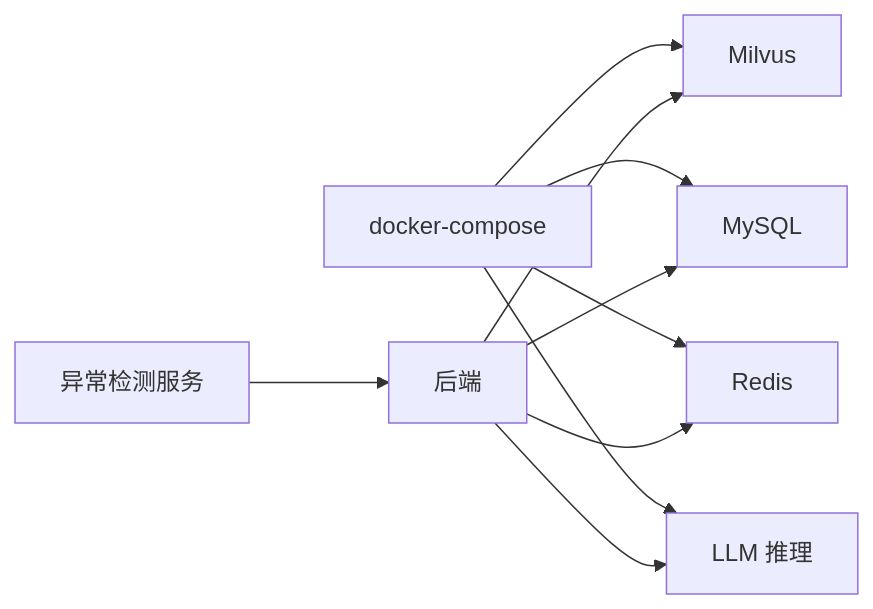
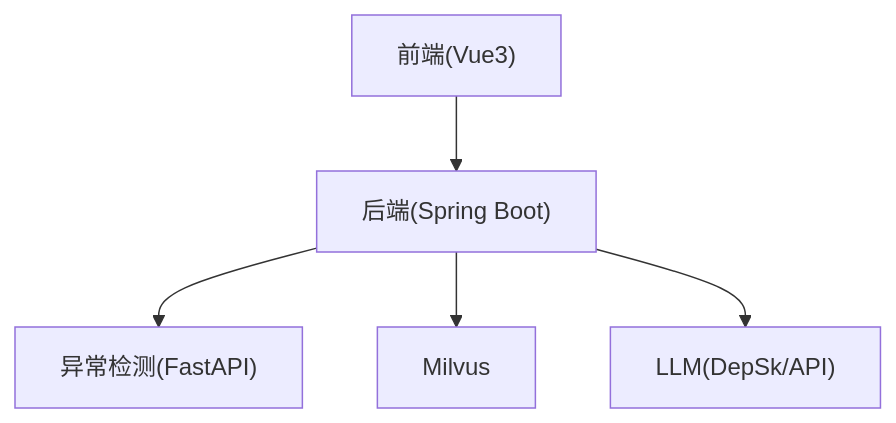
The seventh of 7 diagrams in .qoder/repowiki/zh/content/项目概述/项目概述.md (lyyzzz6/AIops), drawn with Mermaid before and after one commit. The commit also changed other lines of this file and 371 other files, not shown here.

````diff
--- a/.qoder/repowiki/zh/content/项目概述/项目概述.md
+++ b/.qoder/repowiki/zh/content/项目概述/项目概述.md
@@ -288,12 +279,7 @@
 ```mermaid
-graph LR
-DC[docker-compose] --> MIL[Milvus]
-DC --> DB[MySQL]
-DC --> RC[Redis]
-DC --> LLM[LLM 推理]
-BE[后端] --> MIL
-BE --> DB
-BE --> RC
-BE --> LLM
-PY[异常检测服务] --> BE
+graph TB
+BE["后端(Spring Boot)"] --> PY["异常检测(FastAPI)"]
+BE --> MILVUS["Milvus"]
+BE --> LLM["LLM(DepSk/API)"]
+FE["前端(Vue3)"] --> BE
 ```
````
